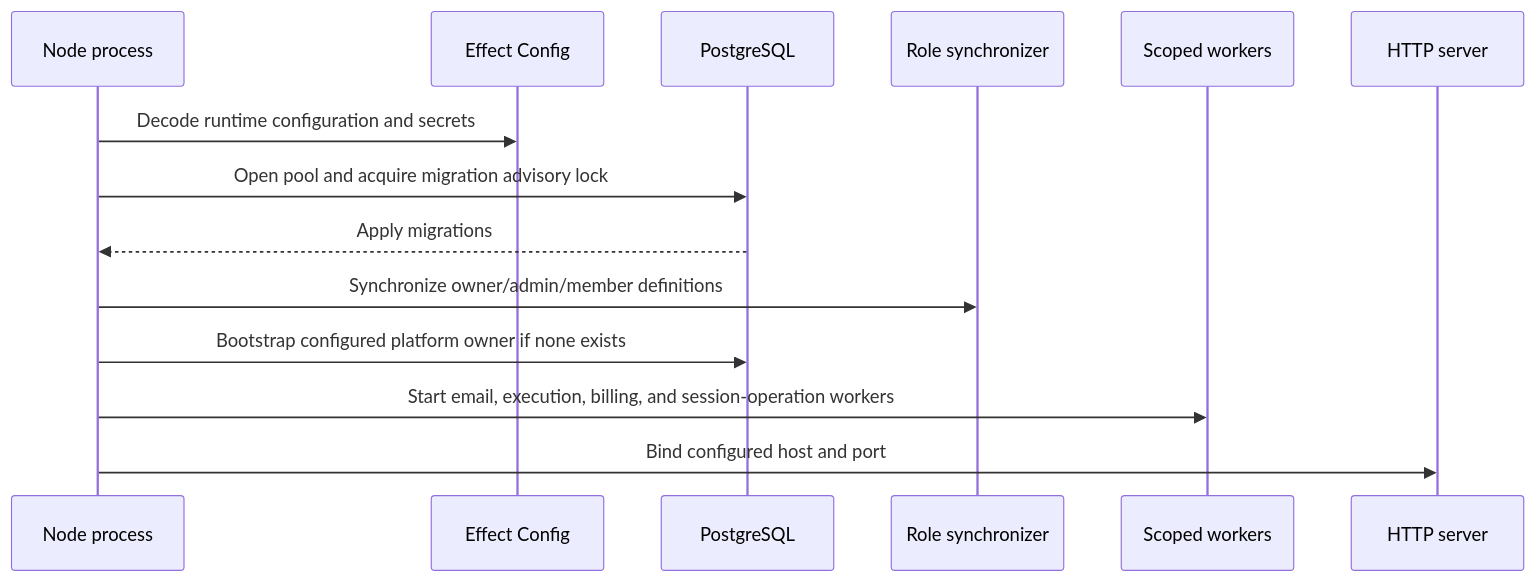
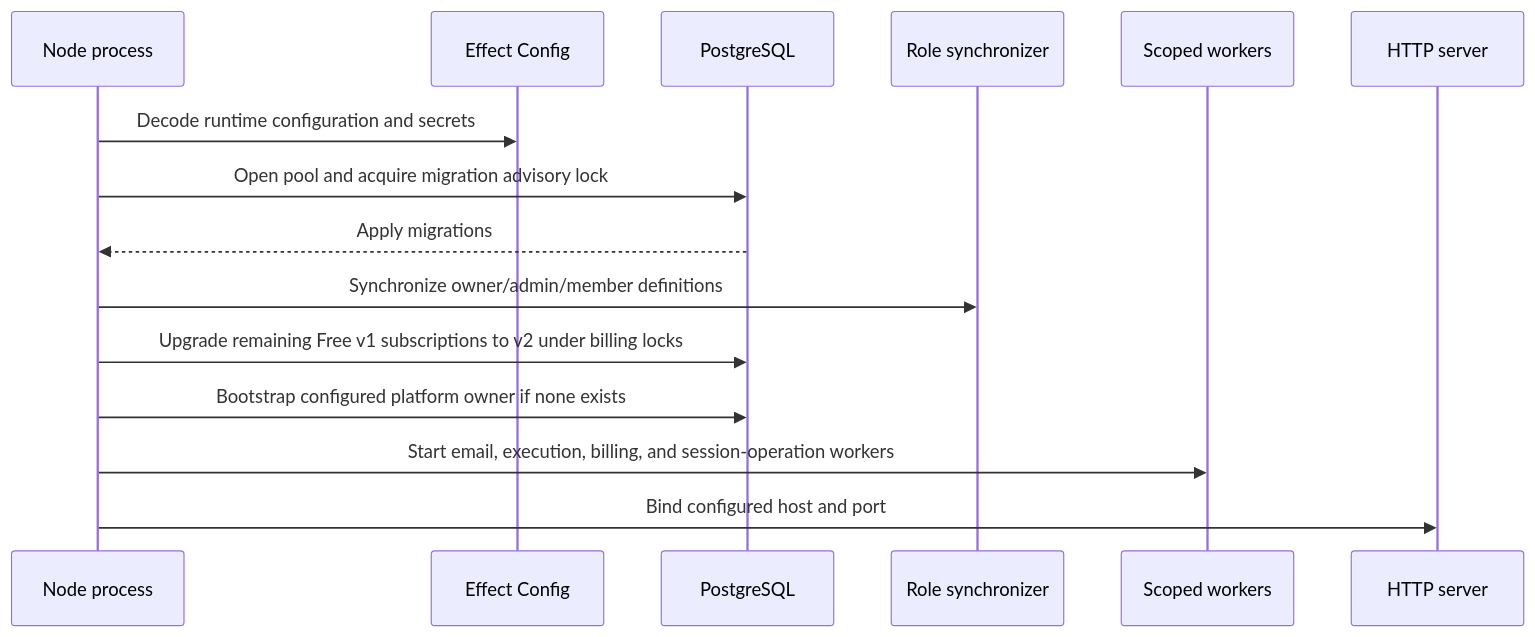
Before and after one commit to thenamespace/namera: the diagram in architecture/platform/runtime.md, drawn with Mermaid. The commit also changed other lines of this file and 11 other files, not shown here.

Commit message:
feat(billing): upgrade existing free plans on startup

````diff
--- a/architecture/platform/runtime.md
+++ b/architecture/platform/runtime.md
@@ -9,17 +9,18 @@
 ```mermaid
 sequenceDiagram
   participant Process as Node process
   participant Config as Effect Config
   participant DB as PostgreSQL
   participant Roles as Role synchronizer
   participant Workers as Scoped workers
   participant HTTP as HTTP server
 
   Process->>Config: Decode runtime configuration and secrets
   Process->>DB: Open pool and acquire migration advisory lock
   DB-->>Process: Apply migrations
   Process->>Roles: Synchronize owner/admin/member definitions
+  Process->>DB: Upgrade remaining Free v1 subscriptions to v2 under billing locks
   Process->>DB: Bootstrap configured platform owner if none exists
   Process->>Workers: Start email, execution, billing, and session-operation workers
   Process->>HTTP: Bind configured host and port
 ```
````
